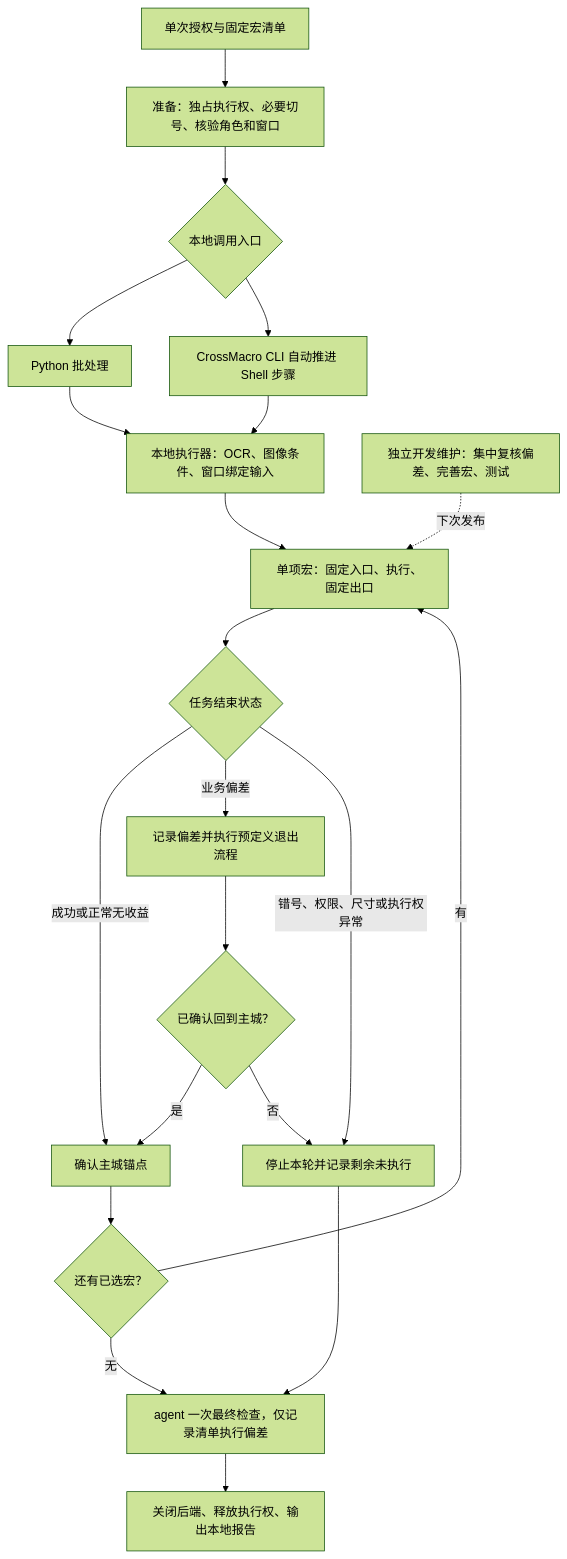
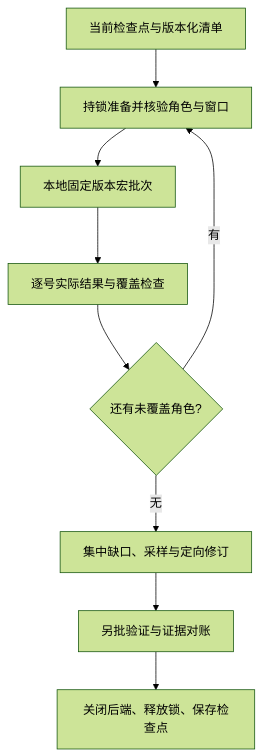
One commit to carolplay/codex-game-skills changed the diagram in docs/WOS-AUTOMATION-V2.md. Above: the diagram before and after it, drawn with Mermaid (forest theme). The commit also changed other lines of this file and 31 other files, not shown here.

````diff
--- a/docs/WOS-AUTOMATION-V2.md
+++ b/docs/WOS-AUTOMATION-V2.md
@@ -7,23 +7,11 @@
 ```mermaid
 flowchart TD
-  A[单次授权与固定宏清单] --> B[准备：独占执行权、必要切号、核验角色和窗口]
-  B --> C{本地调用入口}
-  C --> D[Python 批处理]
-  C --> E[CrossMacro CLI 自动推进 Shell 步骤]
-  D --> F[本地执行器：OCR、图像条件、窗口绑定输入]
-  E --> F
-  F --> G[单项宏：固定入口、执行、固定出口]
-  G --> H{任务结束状态}
-  H -->|成功或正常无收益| I[确认主城锚点]
-  H -->|业务偏差| J[记录偏差并执行预定义退出流程]
-  J --> K{已确认回到主城？}
-  K -->|是| I
-  K -->|否| L[停止本轮并记录剩余未执行]
-  H -->|错号、权限、尺寸或执行权异常| L
-  I --> M{还有已选宏？}
-  M -->|有| G
-  M -->|无| N[agent 一次最终检查，仅记录清单执行偏差]
-  L --> N
-  N --> O[关闭后端、释放执行权、输出本地报告]
-  P[独立开发维护：集中复核偏差、完善宏、测试] -. 下次发布 .-> G
+  A[当前检查点与版本化清单] --> B[持锁准备并核验角色与窗口]
+  B --> C[本地固定版本宏批次]
+  C --> D[逐号实际结果与覆盖检查]
+  D --> E{还有未覆盖角色?}
+  E -->|有| B
+  E -->|无| F[集中缺口、采样与定向修订]
+  F --> G[另批验证与证据对账]
+  G --> H[关闭后端、释放锁、保存检查点]
 ```
````
